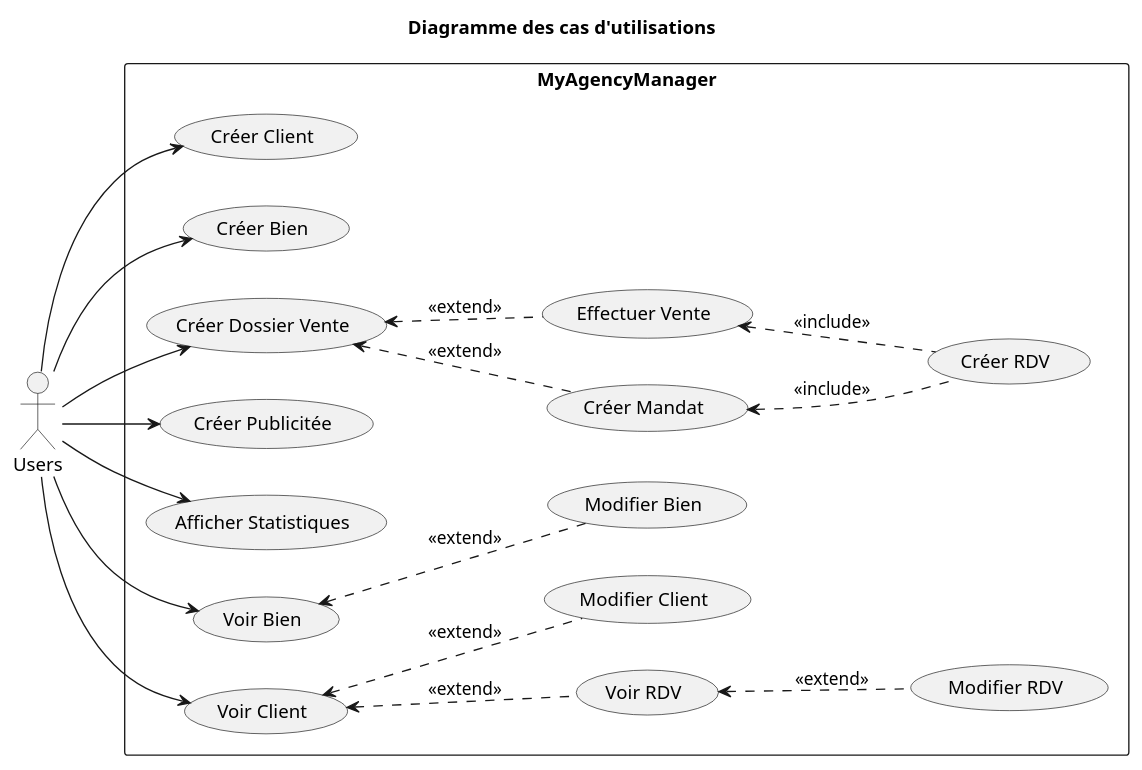
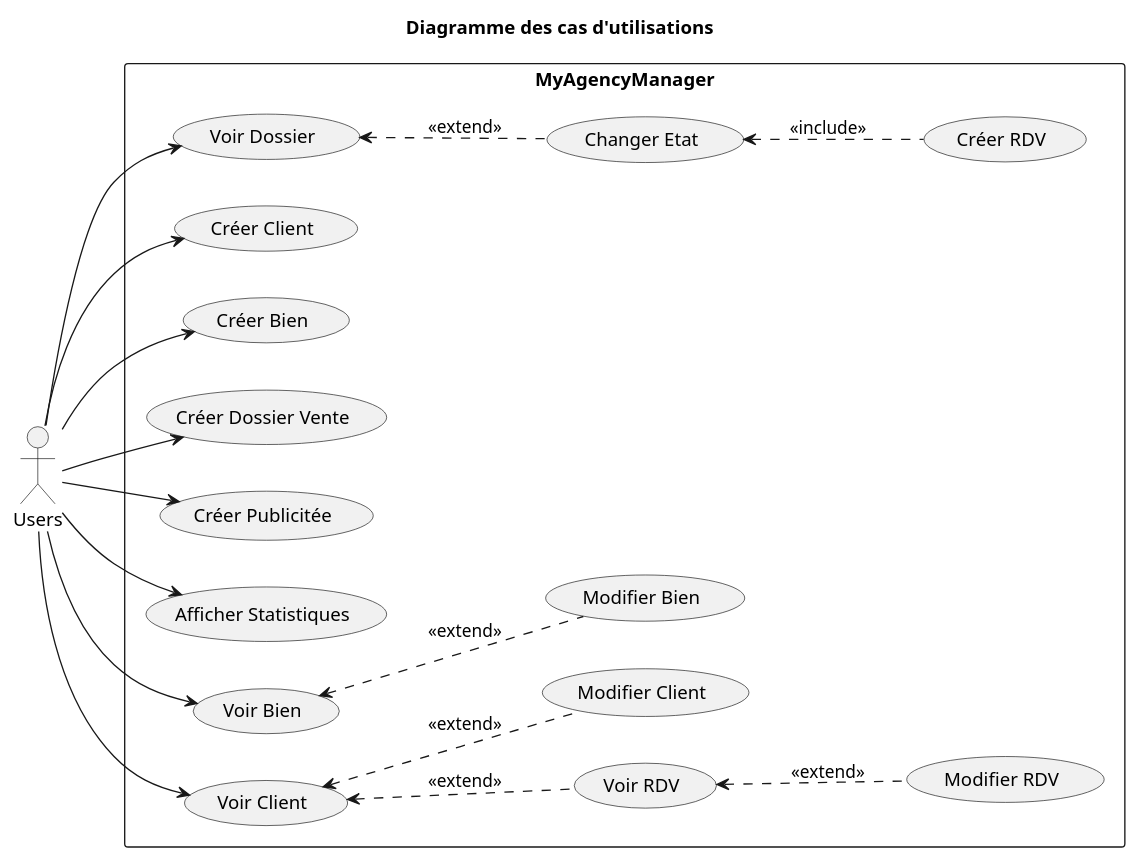
Before and after one commit to Arnaud-Sibade-Tlse/ProjetUML_Miashs: the diagram in DossierConception/UseCase_v3.pu, drawn with PlantUML. The commit also changed other lines of this file and 1 other file, not shown here.

```diff
--- a/DossierConception/UseCase_v3.pu
+++ b/DossierConception/UseCase_v3.pu
@@ -1,46 +1,45 @@
 @startuml
 
 title Diagramme des cas d'utilisations
 
 :Users: as U
 
 rectangle MyAgencyManager{
   (Créer Client) as CC
   (Créer Bien) as CB
   (Créer RDV) as CR
   (Créer Dossier Vente) as CD
   (Créer Publicitée) as CP
-  (Créer Mandat) as CM
-  (Effectuer Vente) as CV
+  (Changer Etat) as CE
 (Afficher Statistiques) as AS
 
   (Voir Bien) as VB
   (Voir Client) as VC
   (Voir RDV) as VR
+  (Voir Dossier) as VD
   (Modifier Bien) as MB
   (Modifier Client) as MC
   (Modifier RDV) as MR
 }
 
 left to right direction
 U -->CC
 U -->CB
 U -->CD
 U -->CP
 
-CD <.. CM : <<extend>>
-CD <.. CV : <<extend>>
-CM <.. CR : <<include>>
-CV <.. CR : <<include>>
 
+U -> VD
+VD <.. CE : <<extend>>
+CE <.. CR : <<include>>
 
 U --> VC
 VC <.. MC : <<extend>>
 VC <.. VR : <<extend>>
 VR <.. MR : <<extend>>
 U --> VB
 VB <.. MB : <<extend>>
 U -->AS
 
 
 @enduml
```
